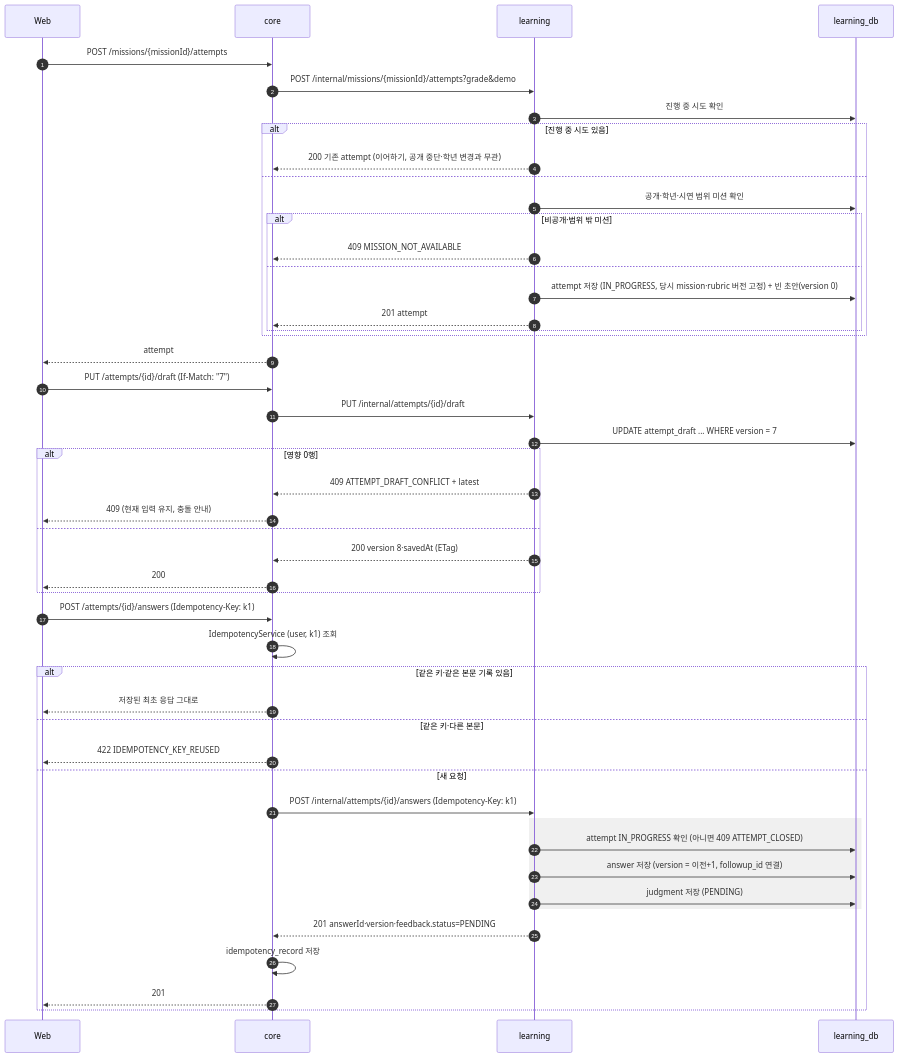
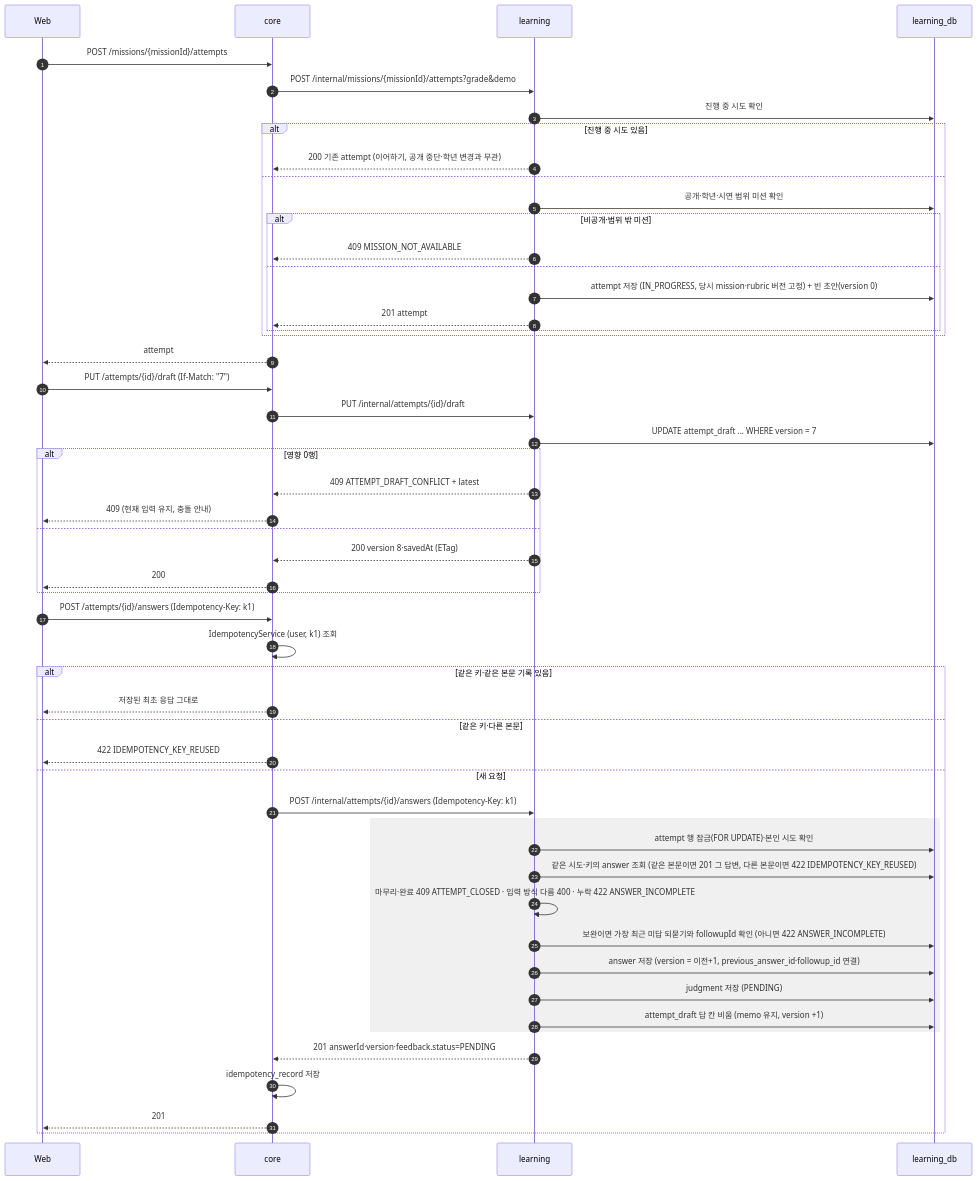
The seventh of 21 diagrams in docs/design/sequence-diagram.md (SKNETWORKS-FAMILY-AICAMP/SKN34-FINAL-3TEAM), drawn with Mermaid before and after one commit. The commit also changed other lines of this file and 4 other files, not shown here.

````diff
--- a/docs/design/sequence-diagram.md
+++ b/docs/design/sequence-diagram.md
@@ -230,53 +230,57 @@
 ```mermaid
 sequenceDiagram
   autonumber
   participant W as Web
   participant C as core
   participant L as learning
   participant DB as learning_db
 
   W->>C: POST /missions/{missionId}/attempts
   C->>L: POST /internal/missions/{missionId}/attempts?grade&demo
   L->>DB: 진행 중 시도 확인
   alt 진행 중 시도 있음
     L-->>C: 200 기존 attempt (이어하기, 공개 중단·학년 변경과 무관)
   else
     L->>DB: 공개·학년·시연 범위 미션 확인
     alt 비공개·범위 밖 미션
       L-->>C: 409 MISSION_NOT_AVAILABLE
     else
       L->>DB: attempt 저장 (IN_PROGRESS, 당시 mission·rubric 버전 고정) + 빈 초안(version 0)
       L-->>C: 201 attempt
     end
   end
   C-->>W: attempt
 
   W->>C: PUT /attempts/{id}/draft (If-Match: "7")
   C->>L: PUT /internal/attempts/{id}/draft
   L->>DB: UPDATE attempt_draft ... WHERE version = 7
   alt 영향 0행
     L-->>C: 409 ATTEMPT_DRAFT_CONFLICT + latest
     C-->>W: 409 (현재 입력 유지, 충돌 안내)
   else
     L-->>C: 200 version 8·savedAt (ETag)
     C-->>W: 200
   end
 
   W->>C: POST /attempts/{id}/answers (Idempotency-Key: k1)
   C->>C: IdempotencyService (user, k1) 조회
   alt 같은 키·같은 본문 기록 있음
     C-->>W: 저장된 최초 응답 그대로
   else 같은 키·다른 본문
     C-->>W: 422 IDEMPOTENCY_KEY_REUSED
   else 새 요청
     C->>L: POST /internal/attempts/{id}/answers (Idempotency-Key: k1)
     rect rgba(128,128,128,0.12)
-      L->>DB: attempt IN_PROGRESS 확인 (아니면 409 ATTEMPT_CLOSED)
-      L->>DB: answer 저장 (version = 이전+1, followup_id 연결)
+      L->>DB: attempt 행 잠금(FOR UPDATE)·본인 시도 확인
+      L->>DB: 같은 시도·키의 answer 조회 (같은 본문이면 201 그 답변, 다른 본문이면 422 IDEMPOTENCY_KEY_REUSED)
+      L->>L: 마무리·완료 409 ATTEMPT_CLOSED · 입력 방식 다름 400 · 누락 422 ANSWER_INCOMPLETE
+      L->>DB: 보완이면 가장 최근 미답 되묻기와 followupId 확인 (아니면 422 ANSWER_INCOMPLETE)
+      L->>DB: answer 저장 (version = 이전+1, previous_answer_id·followup_id 연결)
       L->>DB: judgment 저장 (PENDING)
+      L->>DB: attempt_draft 답 칸 비움 (memo 유지, version +1)
     end
     L-->>C: 201 answerId·version·feedback.status=PENDING
     C->>C: idempotency_record 저장
     C-->>W: 201
   end
 ```
````
